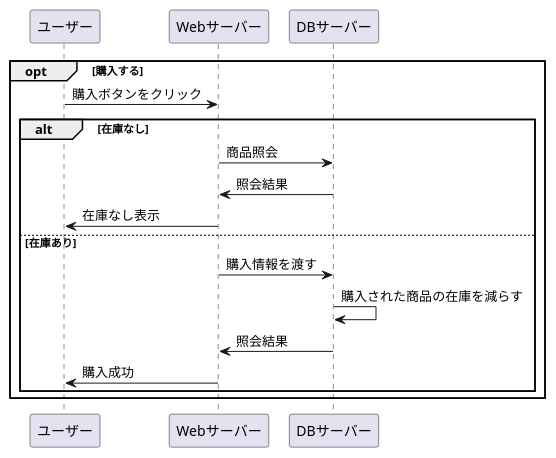
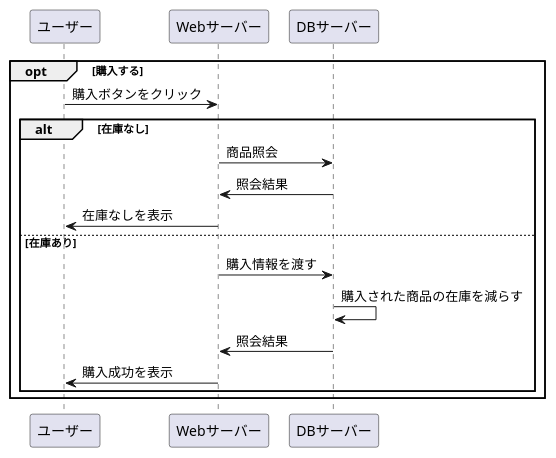
One commit to Aso2001154/2021sys-design changed the diagram in stationary/業務フロー/購入.md. Above: the diagram before and after it, drawn with PlantUML.

````diff
--- a/stationary/業務フロー/購入.md
+++ b/stationary/業務フロー/購入.md
@@ -2,20 +2,20 @@
 ```uml
 @startuml
 
 opt 購入する
 ユーザー -> Webサーバー : 購入ボタンをクリック
 
 alt 在庫なし
 Webサーバー -> DBサーバー : 商品照会
 DBサーバー -> Webサーバー : 照会結果
-Webサーバー -> ユーザー : 在庫なし表示
+Webサーバー -> ユーザー : 在庫なしを表示
 else 在庫あり
 Webサーバー -> DBサーバー : 購入情報を渡す
 DBサーバー -> DBサーバー : 購入された商品の在庫を減らす
 DBサーバー -> Webサーバー : 照会結果
-Webサーバー -> ユーザー : 購入成功
+Webサーバー -> ユーザー : 購入成功を表示
 end
 end
 
 @enduml
 ```
````
